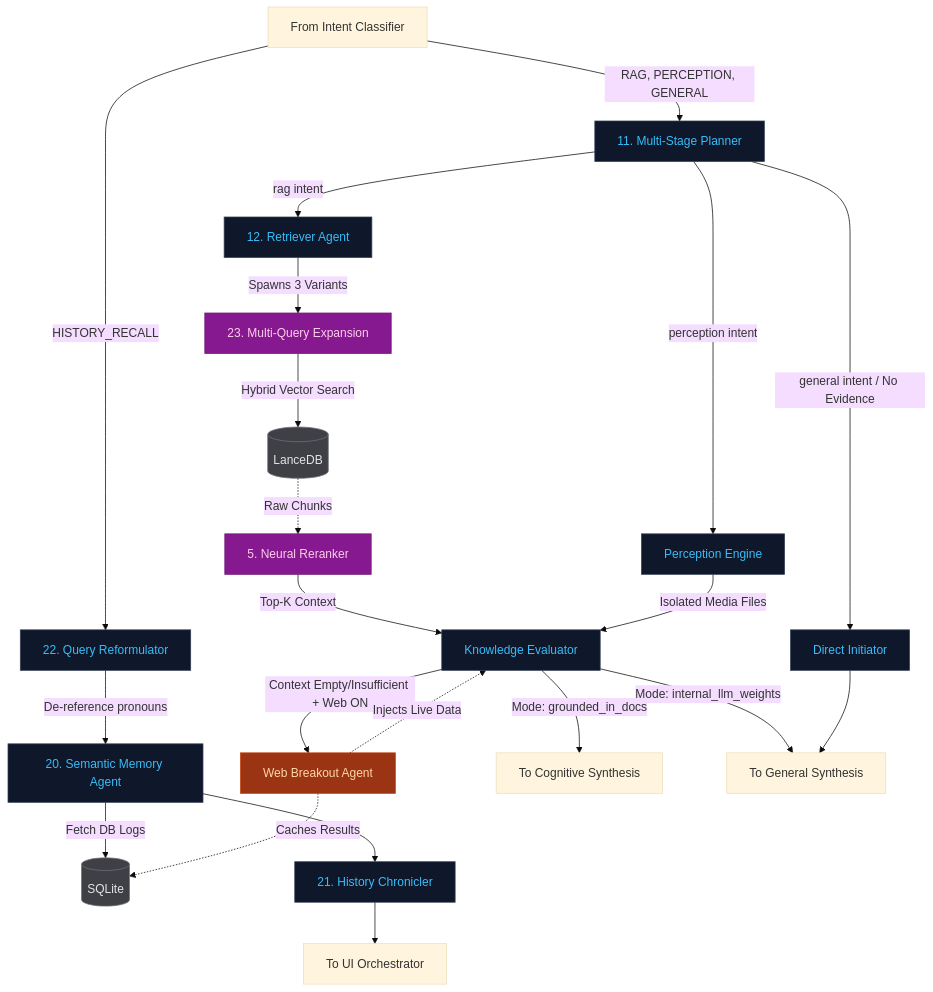
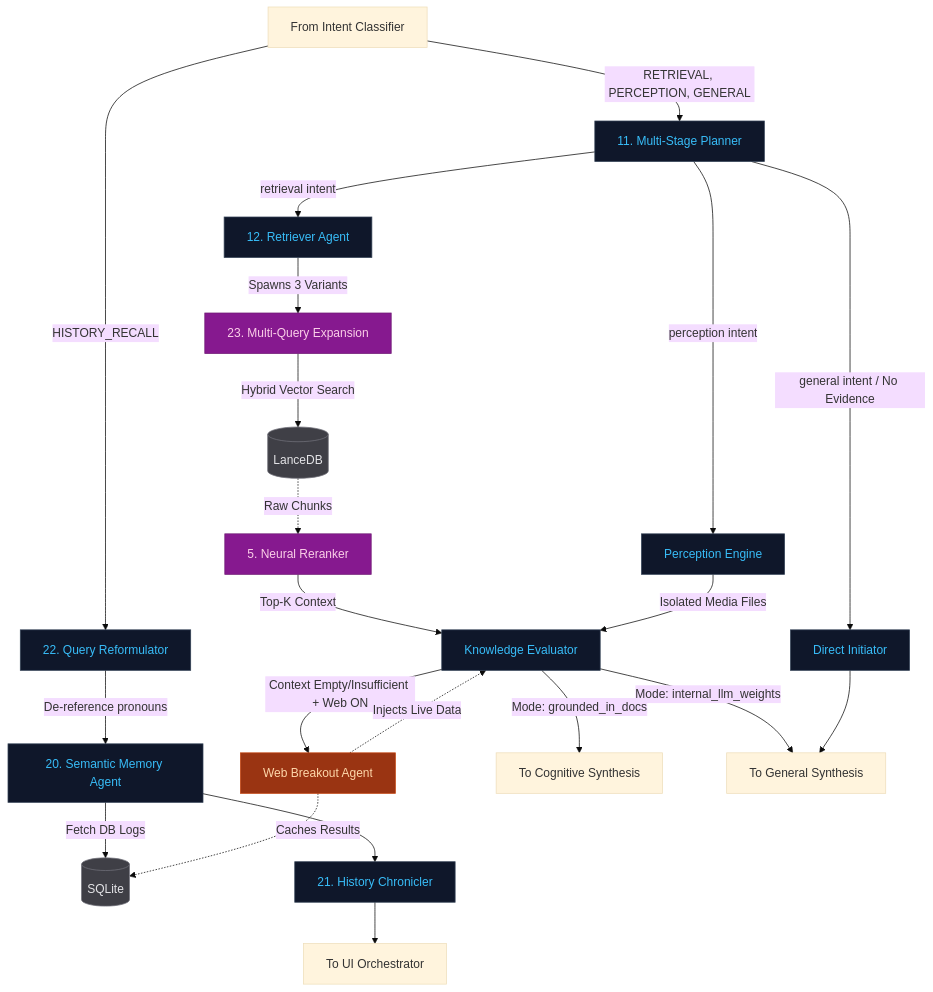
The fourth of 8 diagrams in About Spanda Operating Soul/SpandaOS_Agents_Overview.md (PankajVarma-PUV/SpandaOS), drawn with Mermaid (base theme) before and after one commit. The commit also changed other lines of this file and 19 other files, not shown here.

Commit message:
Finalized SOTA SpandaOS Architecture

````diff
--- a/About Spanda Operating Soul/SpandaOS_Agents_Overview.md
+++ b/About Spanda Operating Soul/SpandaOS_Agents_Overview.md
@@ -344,38 +344,38 @@
 ```mermaid
 graph TD
     classDef graphNode fill:#0f172a,stroke:#334155,color:#38bdf8,stroke-width:1px;
     classDef manager fill:#86198f,stroke:#701a75,color:#fbcfe8;
     classDef db fill:#3f3f46,stroke:#71717a,color:#e4e4e7,shape:cylinder;
     classDef action fill:#9a3412,stroke:#c2410c,color:#fed7aa;
 
     Router[From Intent Classifier] -->|HISTORY_RECALL| Reform["22. Query Reformulator"]:::graphNode
     Reform -->|De-reference pronouns| Mem["20. Semantic Memory Agent"]:::graphNode
     Mem -->|Fetch DB Logs| SQLite[(SQLite)]:::db
     Mem --> Chronicler["21. History Chronicler"]:::graphNode
     Chronicler --> Phase4[To UI Orchestrator]
     
-    Router -->|RAG, PERCEPTION, GENERAL| Planner["11. Multi-Stage Planner"]:::graphNode
+    Router -->|RETRIEVAL, PERCEPTION, GENERAL| Planner["11. Multi-Stage Planner"]:::graphNode
     
     %% Planner execution paths
     Planner -->|perception intent| Perception["Perception Engine"]:::graphNode
-    Planner -->|rag intent| Retriever["12. Retriever Agent"]:::graphNode
+    Planner -->|retrieval intent| Retriever["12. Retriever Agent"]:::graphNode
     Planner -->|general intent / No Evidence| Direct["Direct Initiator"]:::graphNode
     
     %% Retrieval components
     Retriever -->|Spawns 3 Variants| MultiHop["23. Multi-Query Expansion"]:::manager
     MultiHop -->|Hybrid Vector Search| LanceDB[(LanceDB)]:::db
     LanceDB -.->|Raw Chunks| Reranker["5. Neural Reranker"]:::manager
     Reranker -->|Top-K Context| Evaluator
     
     Perception -->|Isolated Media Files| Evaluator
     
     %% Knowledge Evaluation Bottleneck
     Evaluator["Knowledge Evaluator"]:::graphNode
     Evaluator -->|Context Empty/Insufficient + Web ON| Web["Web Breakout Agent"]:::action
     Web -.->|Injects Live Data| Evaluator
     Web -.->|Caches Results| SQLite
     
     Evaluator -->|Mode: grounded_in_docs| Synth[To Cognitive Synthesis]
     Evaluator -->|Mode: internal_llm_weights| GenSynth[To General Synthesis]
     Direct --> GenSynth
 ```
````
